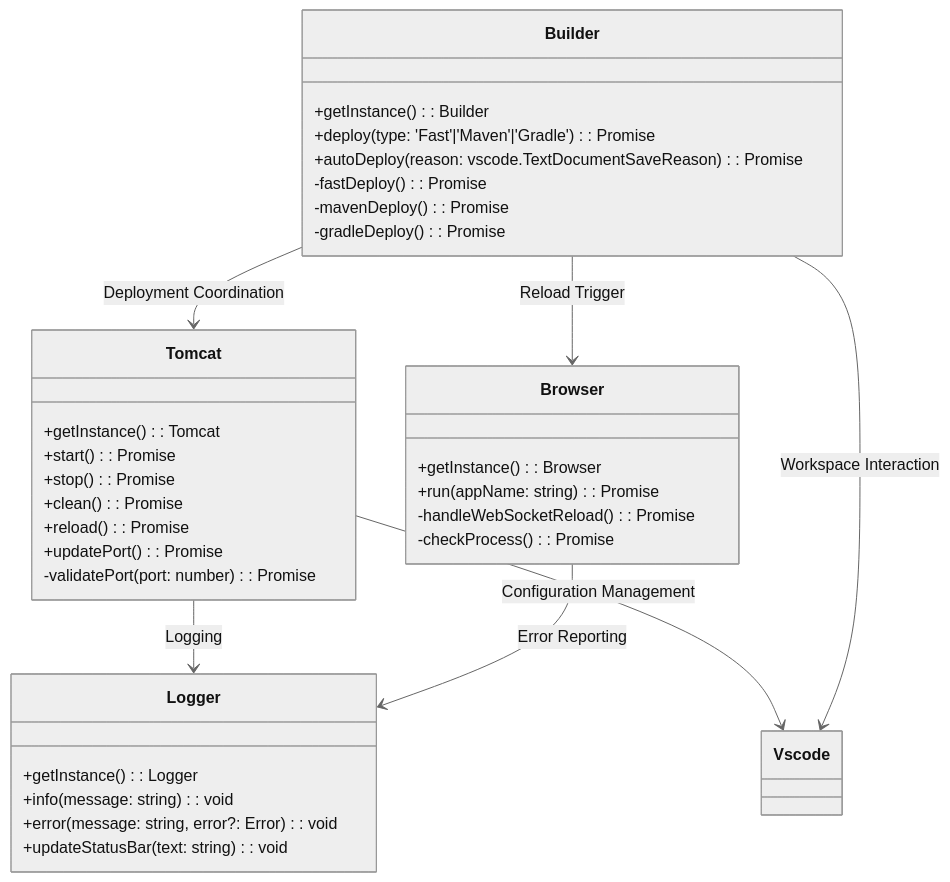
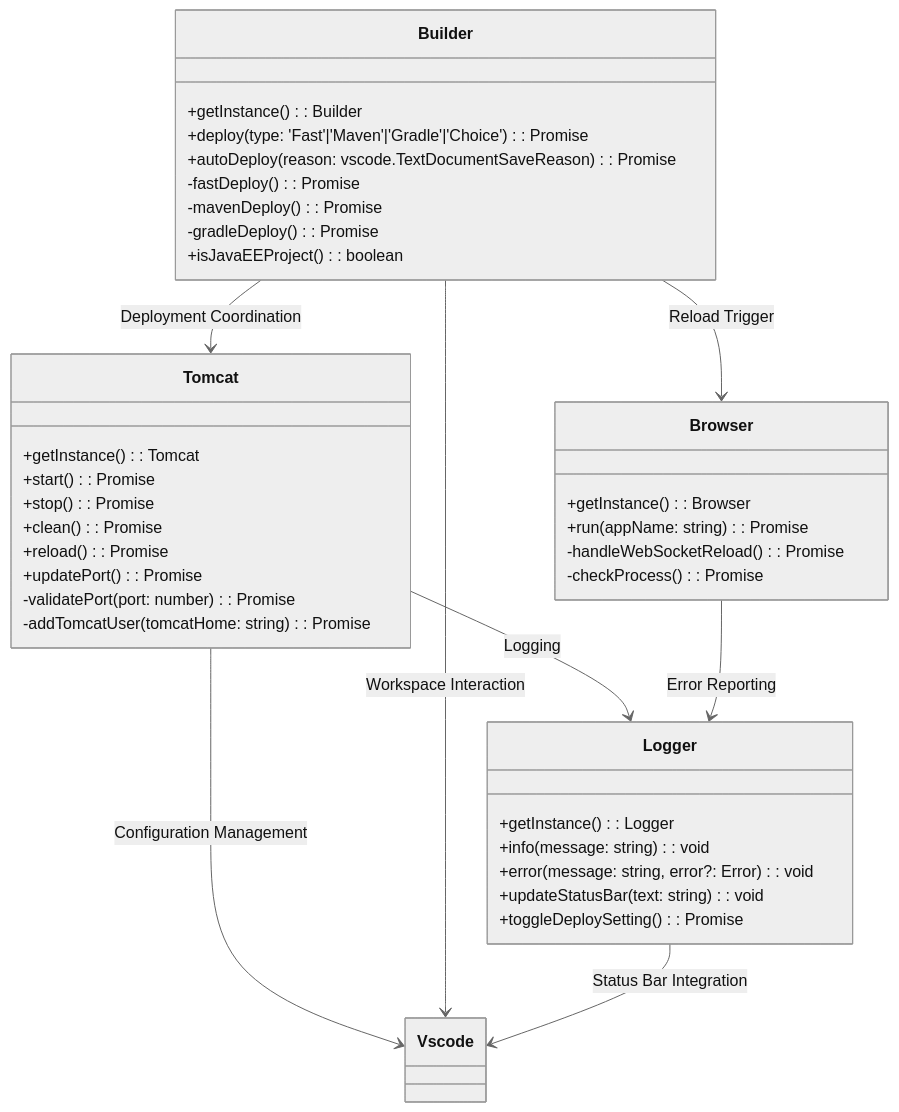
One commit to Al-rimi/tomcat changed the diagram in docs/ARCHITECTURE.md. Above: the diagram before and after it, drawn with Mermaid (neutral theme). The commit also changed other lines of this file and 6 other files, not shown here.

````diff
--- a/docs/ARCHITECTURE.md
+++ b/docs/ARCHITECTURE.md
@@ -5,44 +5,48 @@
 ```mermaid
 classDiagram
     class Tomcat {
         +getInstance(): Tomcat
         +start(): Promise<void>
         +stop(): Promise<void>
         +clean(): Promise<void>
         +reload(): Promise<void>
         +updatePort(): Promise<void>
         -validatePort(port: number): Promise<void>
+        -addTomcatUser(tomcatHome: string): Promise<void>
     }
     
     class Builder {
         +getInstance(): Builder
-        +deploy(type: 'Fast'|'Maven'|'Gradle'): Promise<void>
+        +deploy(type: 'Fast'|'Maven'|'Gradle'|'Choice'): Promise<void>
         +autoDeploy(reason: vscode.TextDocumentSaveReason): Promise<void>
         -fastDeploy(): Promise<void>
         -mavenDeploy(): Promise<void>
         -gradleDeploy(): Promise<void>
+        +isJavaEEProject(): boolean
     }
     
     class Browser {
         +getInstance(): Browser
         +run(appName: string): Promise<void>
         -handleWebSocketReload(): Promise<void>
         -checkProcess(): Promise<boolean>
     }
     
     class Logger {
         +getInstance(): Logger
         +info(message: string): void
         +error(message: string, error?: Error): void
         +updateStatusBar(text: string): void
+        +toggleDeploySetting(): Promise<void>
     }
     
     class Vscode
     
     Tomcat --> Logger : Logging
     Builder --> Tomcat : Deployment Coordination
     Builder --> Browser : Reload Trigger
     Browser --> Logger : Error Reporting
     Tomcat --> Vscode : Configuration Management
     Builder --> Vscode : Workspace Interaction
+    Logger --> Vscode : Status Bar Integration
 ```
````
